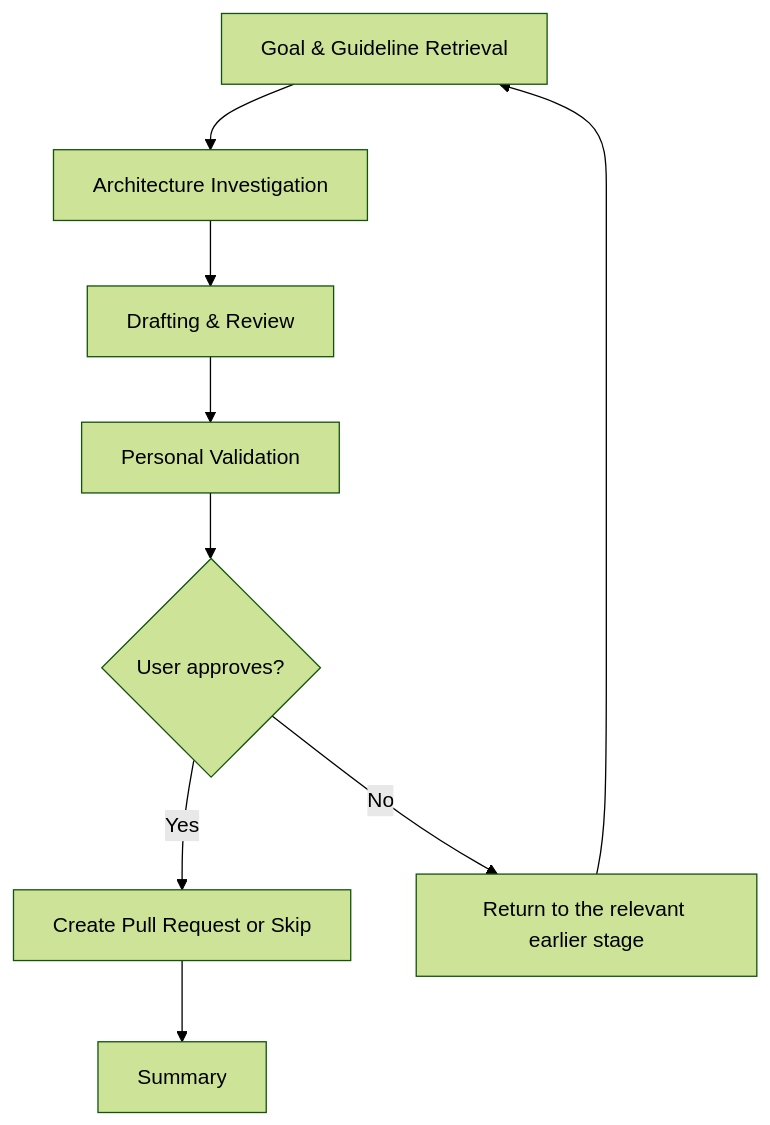
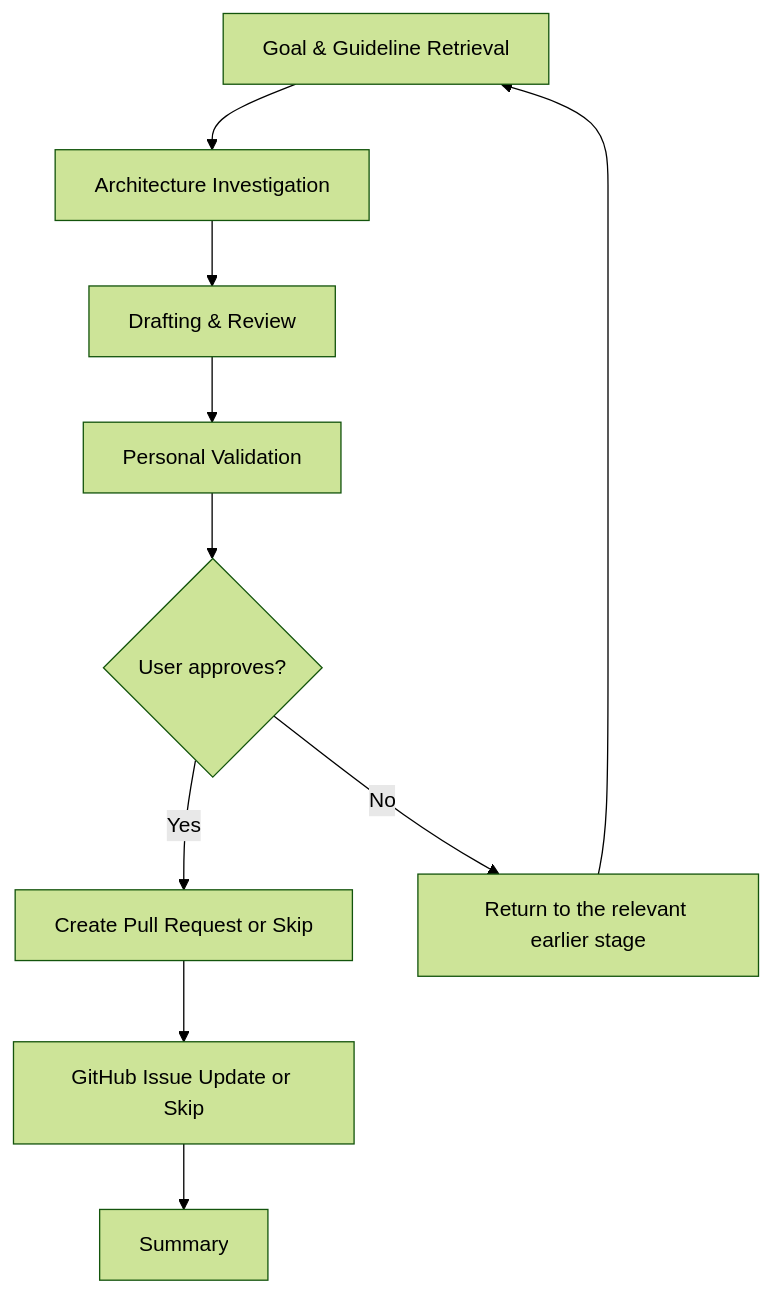
Before and after one commit to JSdotNet/Copilot: the sixth of 14 diagrams in plugins/copilot-app/resources/orchestration-flow-diagrams.md, drawn with Mermaid (forest theme). The commit also changed other lines of this file and 18 other files, not shown here.

````diff
--- a/plugins/copilot-app/resources/orchestration-flow-diagrams.md
+++ b/plugins/copilot-app/resources/orchestration-flow-diagrams.md
@@ -158,11 +168,12 @@
 ```mermaid
 flowchart TD
     A["Goal & Guideline Retrieval"] --> B["Architecture Investigation"]
     B --> C["Drafting & Review"]
     C --> D["Personal Validation"]
     D --> E{User approves?}
     E -->|Yes| F["Create Pull Request or Skip"]
     E -->|No| G["Return to the relevant earlier stage"]
     G --> A
-    F --> H["Summary"]
+    F --> U["GitHub Issue Update or Skip"]
+    U --> H["Summary"]
 ```
````
